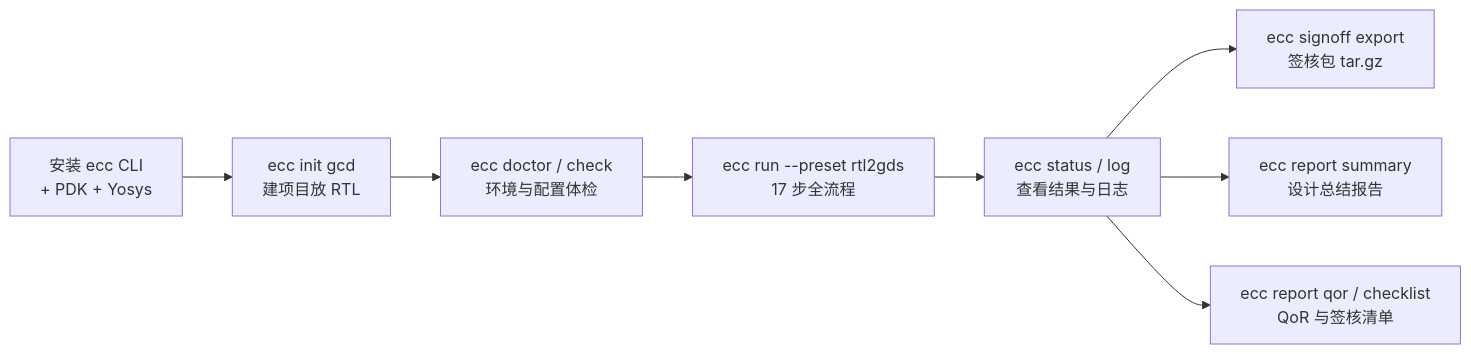
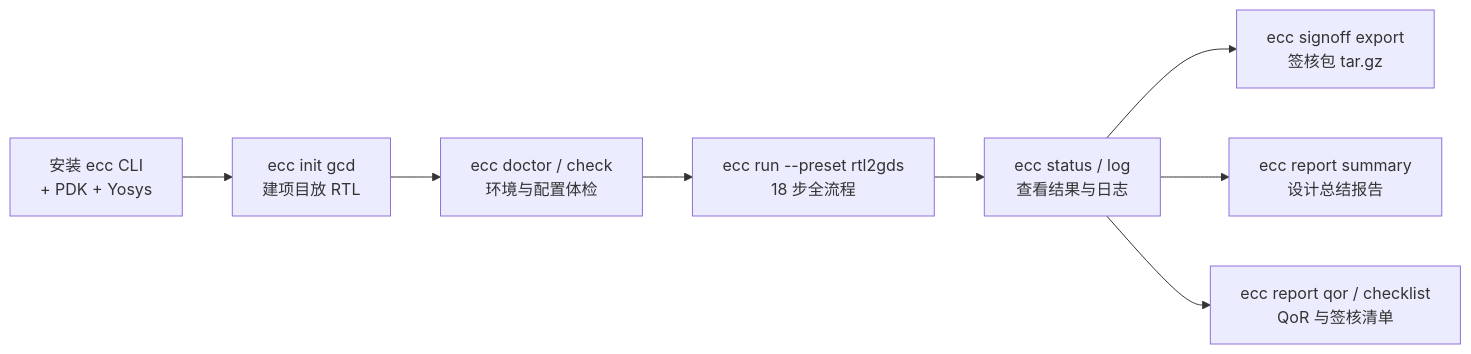
One commit to openecos-projects/ecc changed the first of 2 diagrams in chipcompiler/docs/ecc-tutorial.cn.md. Above: the diagram before and after it, drawn with Mermaid. The commit also changed other lines of this file and 15 other files, not shown here.

Commit message:
fix(flow): reorder default post-route signoff steps (#330)

````diff
--- a/chipcompiler/docs/ecc-tutorial.cn.md
+++ b/chipcompiler/docs/ecc-tutorial.cn.md
@@ -15,10 +15,10 @@
 ```mermaid
 graph LR
     A[安装 ecc CLI<br/>+ PDK + Yosys] --> B[ecc init gcd<br/>建项目放 RTL]
     B --> C[ecc doctor / check<br/>环境与配置体检]
-    C --> D[ecc run --preset rtl2gds<br/>17 步全流程]
+    C --> D[ecc run --preset rtl2gds<br/>18 步全流程]
     D --> E[ecc status / log<br/>查看结果与日志]
     E --> F[ecc signoff export<br/>签核包 tar.gz]
     E --> G[ecc report summary<br/>设计总结报告]
     E --> H[ecc report qor / checklist<br/>QoR 与签核清单]
 ```
````
